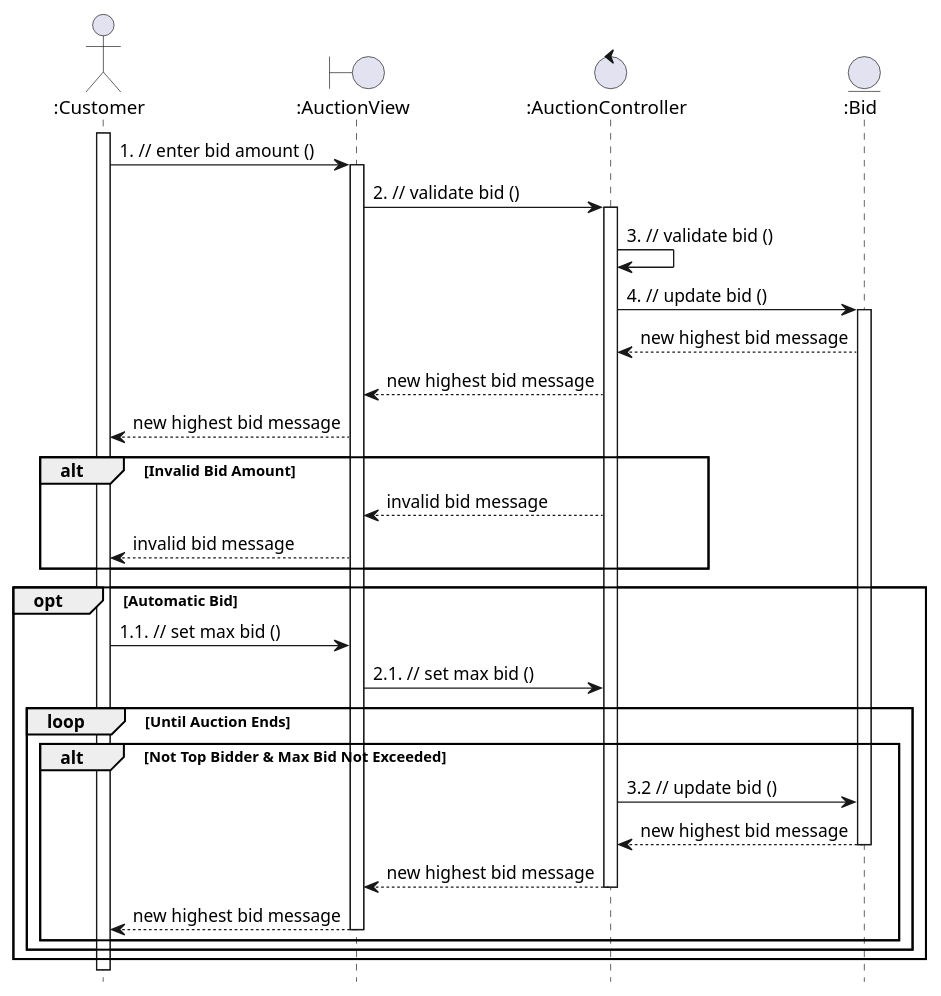
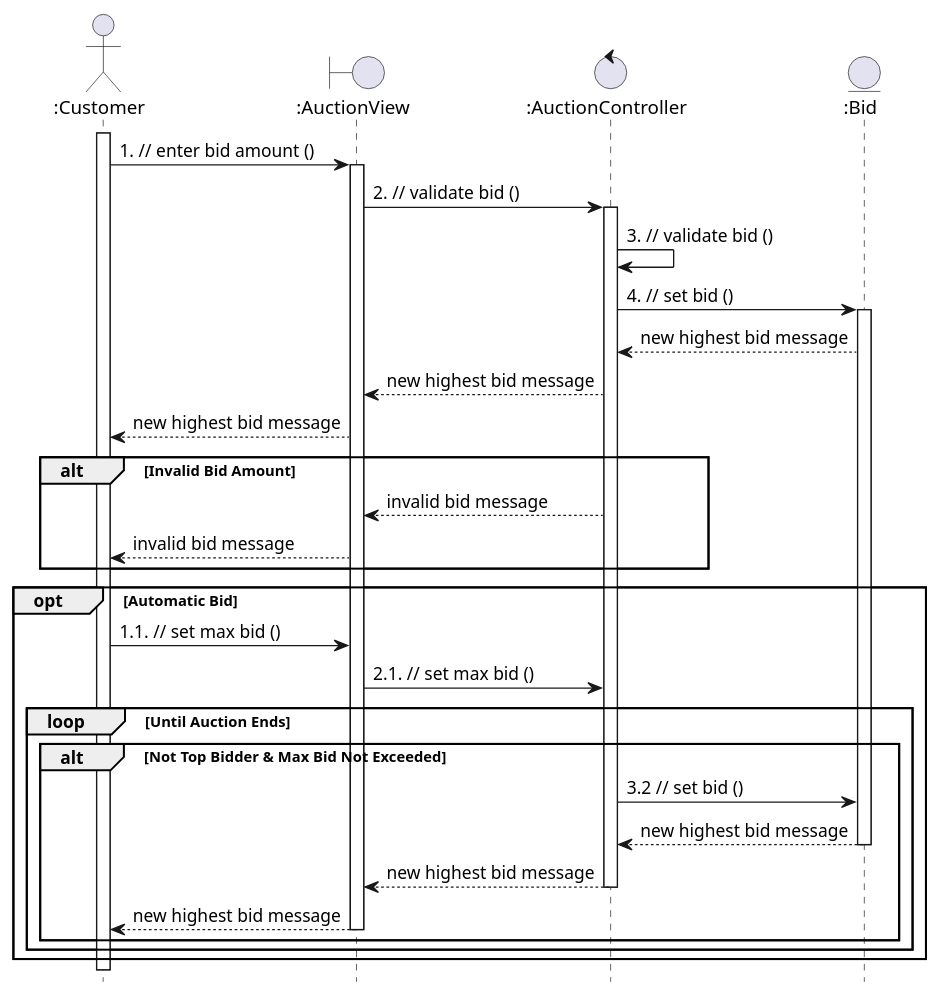
One commit to anhbanlinhle/velocity-exchange changed the diagram in uml/analysis/sequence/place_bid.pu. Above: the diagram before and after it, drawn with PlantUML.

Commit message:
doc[lynn]: analysis sequence no. 18

```diff
--- a/uml/analysis/sequence/place_bid.pu
+++ b/uml/analysis/sequence/place_bid.pu
@@ -1,43 +1,43 @@
 @startuml
 hide footbox
 
 
 actor ":Customer" as Customer
 boundary ":AuctionView" as AuctionView
 control ":AuctionController" as AuctionController
 entity ":Bid" as Bid
 Customer ++
   Customer -> AuctionView : 1. // enter bid amount ()
   activate AuctionView
     AuctionView -> AuctionController : 2. // validate bid ()
     activate AuctionController
       AuctionController -> AuctionController : 3. // validate bid ()
-      AuctionController -> Bid : 4. // update bid ()
+      AuctionController -> Bid : 4. // set bid ()
       activate Bid
         Bid --> AuctionController : new highest bid message
 
       AuctionController --> AuctionView : new highest bid message
     AuctionView --> Customer : new highest bid message
 
 alt Invalid Bid Amount
   AuctionController --> AuctionView : invalid bid message
     AuctionView --> Customer : invalid bid message
 end
 
 opt Automatic Bid
     Customer -> AuctionView : 1.1. // set max bid ()
       AuctionView -> AuctionController : 2.1. // set max bid ()
     loop Until Auction Ends
       alt Not Top Bidder & Max Bid Not Exceeded
-        AuctionController -> Bid : 3.2 // update bid ()
+        AuctionController -> Bid : 3.2 // set bid ()
           Bid --> AuctionController : new highest bid message
         deactivate Bid
           AuctionController --> AuctionView : new highest bid message
         deactivate AuctionController
           AuctionView --> Customer : new highest bid message
         deactivate AuctionView
       end
     end
 end
 
 @enduml
```
